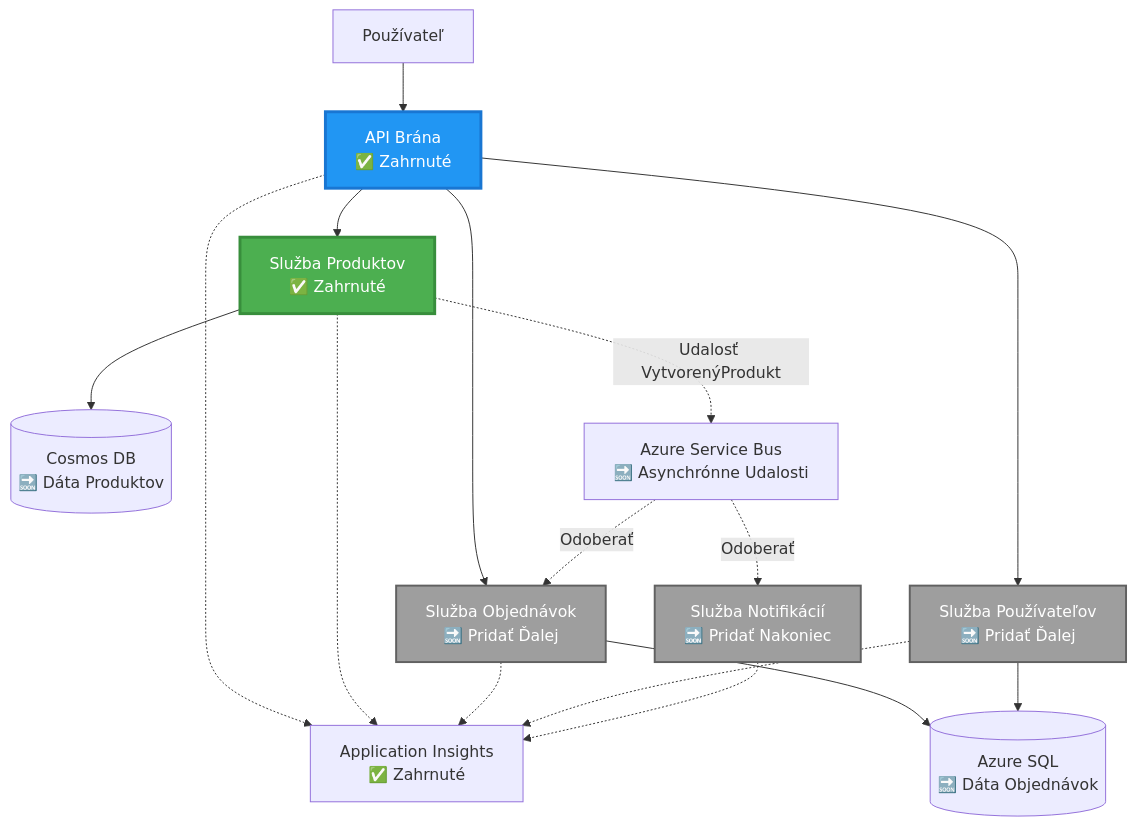
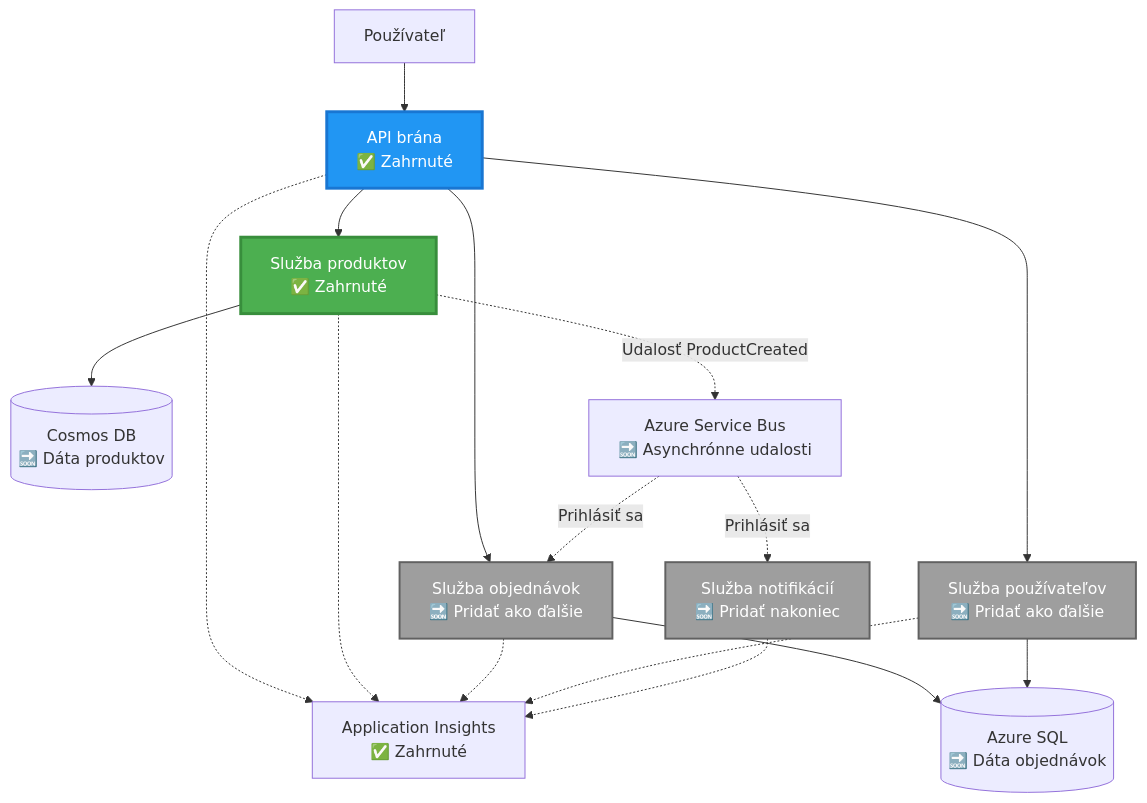
One commit to microsoft/AZD-for-beginners changed the second of 4 diagrams in translations/sk/examples/microservices/README.md. Above: the diagram before and after it, drawn with Mermaid. The commit also changed other lines of this file and 242 other files, not shown here.

````diff
--- a/translations/sk/examples/microservices/README.md
+++ b/translations/sk/examples/microservices/README.md
@@ -78,39 +69,39 @@
 ```mermaid
 graph TB
     User[Používateľ]
-    Gateway[API Brána<br/>✅ Zahrnuté]
-    Product[Služba Produktov<br/>✅ Zahrnuté]
-    Order[Služba Objednávok<br/>🔜 Pridať Ďalej]
-    UserSvc[Služba Používateľov<br/>🔜 Pridať Ďalej]
-    Notify[Služba Notifikácií<br/>🔜 Pridať Nakoniec]
+    Gateway[API brána<br/>✅ Zahrnuté]
+    Product[Služba produktov<br/>✅ Zahrnuté]
+    Order[Služba objednávok<br/>🔜 Pridať ako ďalšie]
+    UserSvc[Služba používateľov<br/>🔜 Pridať ako ďalšie]
+    Notify[Služba notifikácií<br/>🔜 Pridať nakoniec]
     
-    CosmosDB[(Cosmos DB<br/>🔜 Dáta Produktov)]
-    AzureSQL[(Azure SQL<br/>🔜 Dáta Objednávok)]
-    ServiceBus[Azure Service Bus<br/>🔜 Asynchrónne Udalosti]
+    CosmosDB[(Cosmos DB<br/>🔜 Dáta produktov)]
+    AzureSQL[(Azure SQL<br/>🔜 Dáta objednávok)]
+    ServiceBus[Azure Service Bus<br/>🔜 Asynchrónne udalosti]
     AppInsights[Application Insights<br/>✅ Zahrnuté]
     
     User --> Gateway
     Gateway --> Product
     Gateway --> Order
     Gateway --> UserSvc
     
     Product --> CosmosDB
     Order --> AzureSQL
     UserSvc --> AzureSQL
     
-    Product -.->|Udalosť VytvorenýProdukt| ServiceBus
-    ServiceBus -.->|Odoberať| Notify
-    ServiceBus -.->|Odoberať| Order
+    Product -.->|Udalosť ProductCreated| ServiceBus
+    ServiceBus -.->|Prihlásiť sa| Notify
+    ServiceBus -.->|Prihlásiť sa| Order
     
     Gateway -.-> AppInsights
     Product -.-> AppInsights
     Order -.-> AppInsights
     UserSvc -.-> AppInsights
     Notify -.-> AppInsights
     
     style Product fill:#4CAF50,stroke:#388E3C,stroke-width:3px,color:#fff
     style Gateway fill:#2196F3,stroke:#1976D2,stroke-width:3px,color:#fff
     style Order fill:#9E9E9E,stroke:#616161,stroke-width:2px,color:#fff
     style UserSvc fill:#9E9E9E,stroke:#616161,stroke-width:2px,color:#fff
     style Notify fill:#9E9E9E,stroke:#616161,stroke-width:2px,color:#fff
 ```
````
